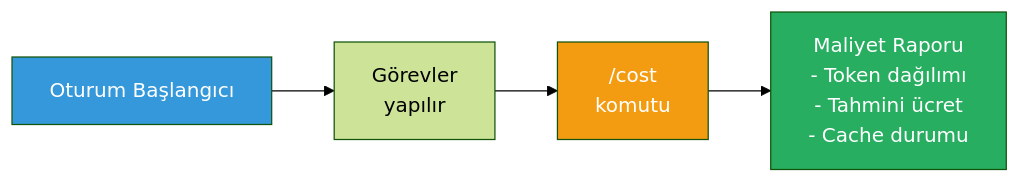
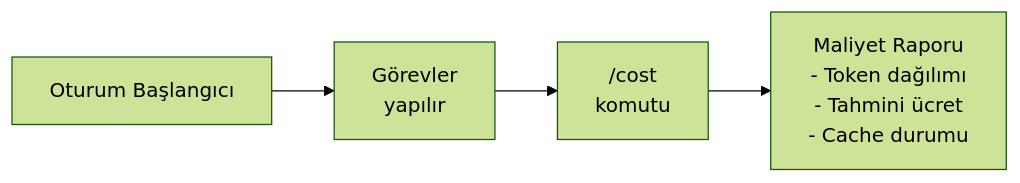
The second of 7 diagrams in 17-konfigurasyon/05-maliyet-yonetimi.md (IzzetYasinAtes/ClaudeCodeHandbook), drawn with Mermaid (forest theme) before and after one commit. The commit also changed other lines of this file and 97 other files, not shown here.

Commit message:
Remove all custom Mermaid style/fill colors from 98 markdown files for consistent dark theme rendering

````diff
--- a/17-konfigurasyon/05-maliyet-yonetimi.md
+++ b/17-konfigurasyon/05-maliyet-yonetimi.md
@@ -66,10 +63,7 @@
 ```mermaid
 flowchart LR
     SESSION["Oturum Başlangıcı"] --> WORK["Görevler<br/>yapılır"]
     WORK --> COST_CMD["/cost<br/>komutu"]
     COST_CMD --> REPORT["Maliyet Raporu<br/>- Token dağılımı<br/>- Tahmini ücret<br/>- Cache durumu"]
 
-    style SESSION fill:#3498DB,color:#fff
-    style COST_CMD fill:#F39C12,color:#fff
-    style REPORT fill:#27AE60,color:#fff
 ```
````
